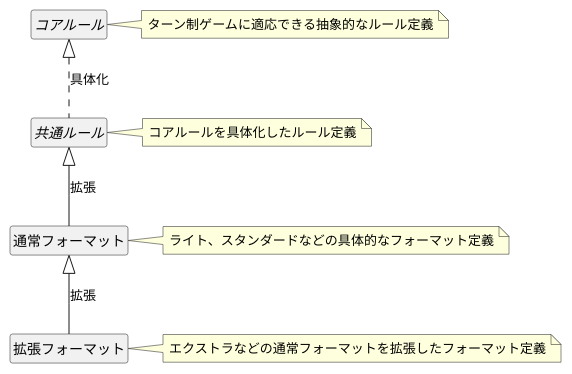
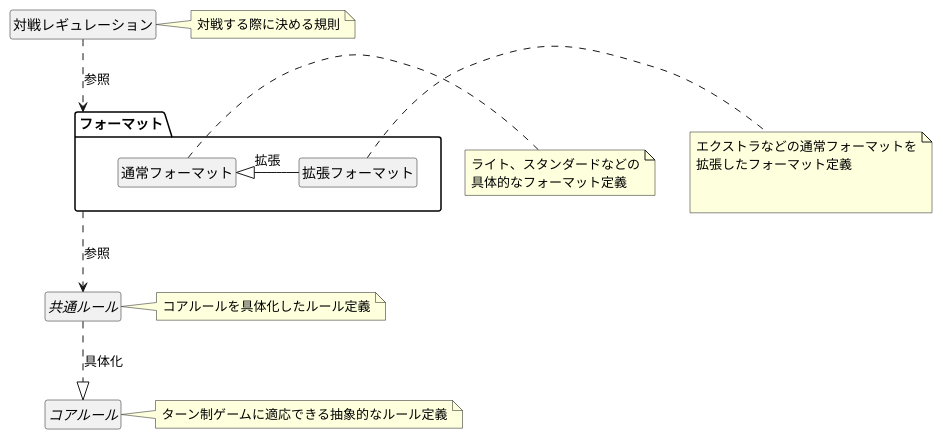
Before and after one commit to BlackPoker/BlackPoker: the diagram in source/init/rule.puml, drawn with PlantUML. The commit also changed 10 other files, not shown here.

```diff
--- a/source/init/rule.puml
+++ b/source/init/rule.puml
@@ -1,15 +1,37 @@
 
-    hide members
-    hide circle
+hide members
+hide circle
 
-    abstract class コアルール 
-    abstract class 共通ルール
+abstract class コアルール
+abstract class 共通ルール
 
-    コアルール <|.. 共通ルール : 具体化
-    共通ルール ^-- 通常フォーマット : 拡張
-    通常フォーマット ^-- 拡張フォーマット : 拡張
+package フォーマット {
+    class 拡張フォーマット
+    class 通常フォーマット
+}
 
-    note right of コアルール : ターン制ゲームに適応できる抽象的なルール定義
-    note right of 共通ルール : コアルールを具体化したルール定義
-    note right of 通常フォーマット : ライト、スタンダードなどの具体的なフォーマット定義
-    note right of 拡張フォーマット : エクストラなどの通常フォーマットを拡張したフォーマット定義
+class 対戦レギュレーション 
+
+note right of 対戦レギュレーション
+    対戦する際に決める規則
+end note
+
+対戦レギュレーション ..> フォーマット : 参照
+共通ルール ..|> コアルール : 具体化
+フォーマット ..> 共通ルール : 参照
+通常フォーマット ^- 拡張フォーマット : 拡張
+
+
+
+note right of コアルール : ターン制ゲームに適応できる抽象的なルール定義
+note right of 共通ルール : コアルールを具体化したルール定義
+note right of 通常フォーマット
+ライト、スタンダードなどの
+具体的なフォーマット定義
+end note
+note right of 拡張フォーマット
+エクストラなどの通常フォーマットを
+拡張したフォーマット定義
+
+
+end note
```
